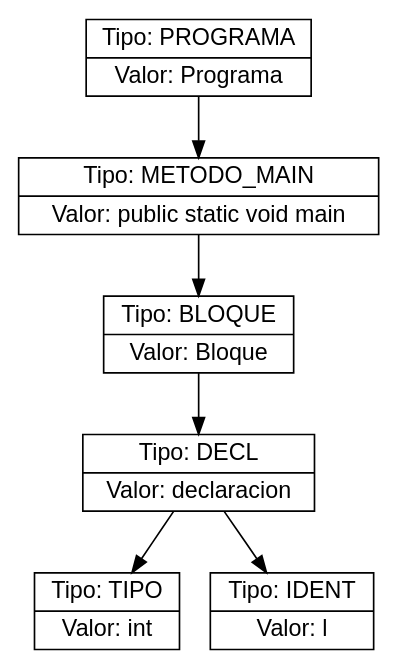
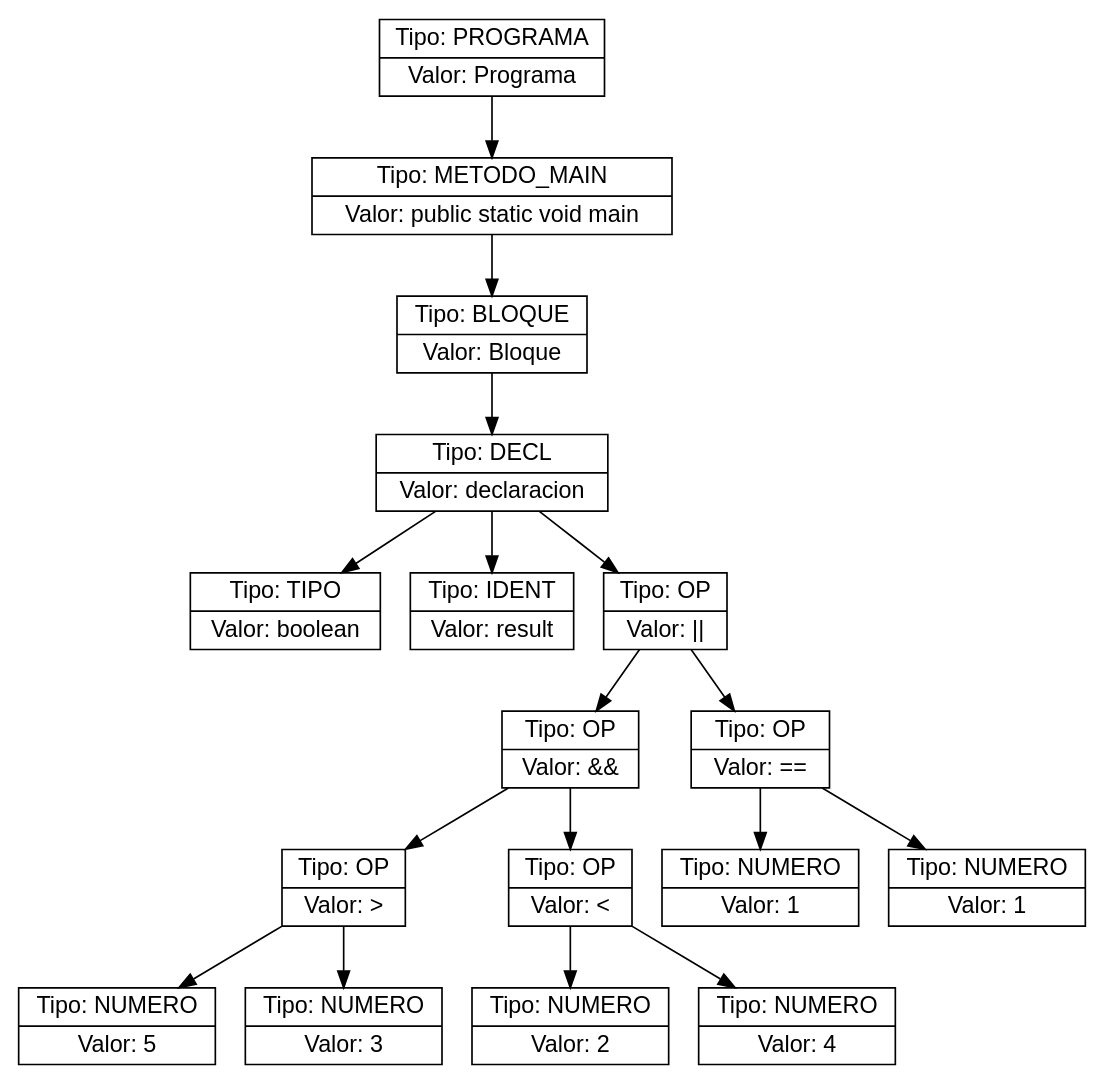
The diagram in ast.dot (Farot30/OLC2_2s2025_P2_202307820), drawn with Graphviz before and after one commit. The commit also changed 30 other files, not shown here.

```diff
--- a/ast.dot
+++ b/ast.dot
@@ -1,14 +1,36 @@
 digraph AST {
   node [shape=record,fontname="Helvetica"];
-  n0x61815e106bd0 [label="{Tipo: PROGRAMA|Valor: Programa}"];
-  n0x61815e106bd0 -> n0x61815e12f7c0;
-  n0x61815e12f7c0 [label="{Tipo: METODO_MAIN|Valor: public static void main}"];
-  n0x61815e12f7c0 -> n0x61815dd872a0;
-  n0x61815dd872a0 [label="{Tipo: BLOQUE|Valor: Bloque}"];
-  n0x61815dd872a0 -> n0x61815dfed6b0;
-  n0x61815dfed6b0 [label="{Tipo: DECL|Valor: declaracion}"];
-  n0x61815dfed6b0 -> n0x61815dfeb190;
-  n0x61815dfeb190 [label="{Tipo: TIPO|Valor: int}"];
-  n0x61815dfed6b0 -> n0x61815dfebef0;
-  n0x61815dfebef0 [label="{Tipo: IDENT|Valor: l}"];
+  n0x5ed95dd35350 [label="{Tipo: PROGRAMA|Valor: Programa}"];
+  n0x5ed95dd35350 -> n0x5ed95db277e0;
+  n0x5ed95db277e0 [label="{Tipo: METODO_MAIN|Valor: public static void main}"];
+  n0x5ed95db277e0 -> n0x5ed95dd8ba80;
+  n0x5ed95dd8ba80 [label="{Tipo: BLOQUE|Valor: Bloque}"];
+  n0x5ed95dd8ba80 -> n0x5ed95dec9630;
+  n0x5ed95dec9630 [label="{Tipo: DECL|Valor: declaracion}"];
+  n0x5ed95dec9630 -> n0x5ed95db19a40;
+  n0x5ed95db19a40 [label="{Tipo: TIPO|Valor: boolean}"];
+  n0x5ed95dec9630 -> n0x5ed95dafc5a0;
+  n0x5ed95dafc5a0 [label="{Tipo: IDENT|Valor: result}"];
+  n0x5ed95dec9630 -> n0x5ed95dcae050;
+  n0x5ed95dcae050 [label="{Tipo: OP|Valor: &#124;&#124;}"];
+  n0x5ed95dcae050 -> n0x5ed95db4ca50;
+  n0x5ed95db4ca50 [label="{Tipo: OP|Valor: &&}"];
+  n0x5ed95db4ca50 -> n0x5ed95dd8faa0;
+  n0x5ed95dd8faa0 [label="{Tipo: OP|Valor: &gt;}"];
+  n0x5ed95dd8faa0 -> n0x5ed95db4cd30;
+  n0x5ed95db4cd30 [label="{Tipo: NUMERO|Valor: 5}"];
+  n0x5ed95dd8faa0 -> n0x5ed95dd91900;
+  n0x5ed95dd91900 [label="{Tipo: NUMERO|Valor: 3}"];
+  n0x5ed95db4ca50 -> n0x5ed95dcadb50;
+  n0x5ed95dcadb50 [label="{Tipo: OP|Valor: &lt;}"];
+  n0x5ed95dcadb50 -> n0x5ed95db02050;
+  n0x5ed95db02050 [label="{Tipo: NUMERO|Valor: 2}"];
+  n0x5ed95dcadb50 -> n0x5ed95db21c20;
+  n0x5ed95db21c20 [label="{Tipo: NUMERO|Valor: 4}"];
+  n0x5ed95dcae050 -> n0x5ed95de887d0;
+  n0x5ed95de887d0 [label="{Tipo: OP|Valor: ==}"];
+  n0x5ed95de887d0 -> n0x5ed95dd8f860;
+  n0x5ed95dd8f860 [label="{Tipo: NUMERO|Valor: 1}"];
+  n0x5ed95de887d0 -> n0x5ed95db20ed0;
+  n0x5ed95db20ed0 [label="{Tipo: NUMERO|Valor: 1}"];
 }
```
